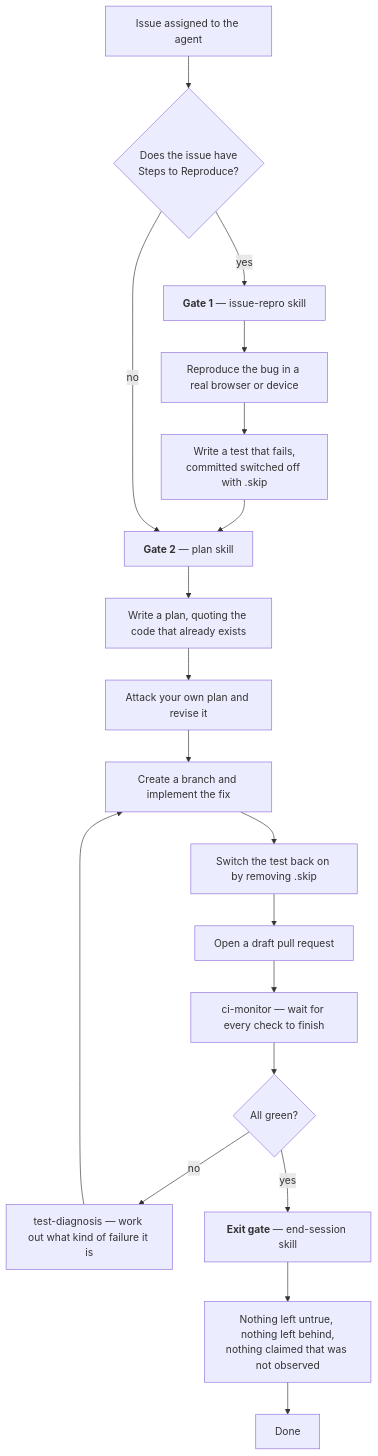
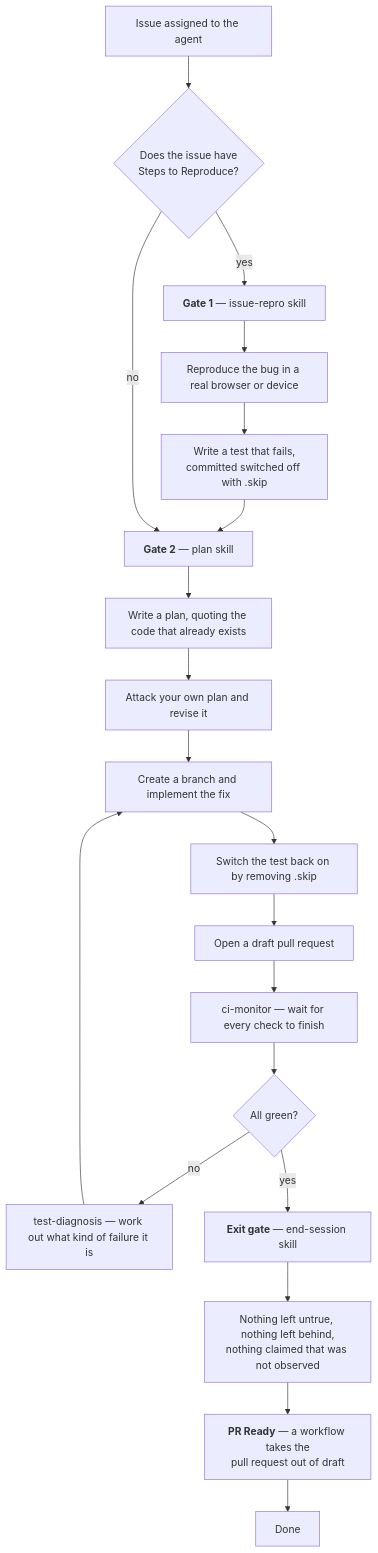
Before and after one commit to cybersemics/em: the second of 2 diagrams in docs/agents/readme.md, drawn with Mermaid. The commit also changed other lines of this file and 2 other files, not shown here.

````diff
--- a/docs/agents/readme.md
+++ b/docs/agents/readme.md
@@ -74,33 +74,35 @@
 ```mermaid
 flowchart TD
     A["Issue assigned to the agent"] --> B{"Does the issue have<br/>Steps to Reproduce?"}
     B -- yes --> C["<b>Gate 1</b> — issue-repro skill"]
     C --> C1["Reproduce the bug in a real browser or device"]
     C1 --> C2["Write a test that fails,<br/>committed switched off with .skip"]
     C2 --> D["<b>Gate 2</b> — plan skill"]
     B -- no --> D
     D --> D1["Write a plan, quoting the code that already exists"]
     D1 --> D2["Attack your own plan and revise it"]
     D2 --> E["Create a branch and implement the fix"]
     E --> E1["Switch the test back on by removing .skip"]
     E1 --> F["Open a draft pull request"]
     F --> G["ci-monitor — wait for every check to finish"]
     G --> H{"All green?"}
     H -- no --> I["test-diagnosis — work out what kind of failure it is"]
     I --> E
     H -- yes --> J["<b>Exit gate</b> — end-session skill"]
     J --> J1["Nothing left untrue, nothing left behind,<br/>nothing claimed that was not observed"]
-    J1 --> K["Done"]
+    J1 --> J2["<b>PR Ready</b> — a workflow takes the<br/>pull request out of draft"]
+    J2 --> K["Done"]
 
     click C "https://github.com/cybersemics/em/blob/HEAD/docs/agents/skills.md#issue-repro" "The issue-repro skill"
     click C1 "https://github.com/cybersemics/em/blob/HEAD/docs/agents/skills.md#browser-control" "How the browser is brought up"
     click C2 "https://github.com/cybersemics/em/blob/HEAD/docs/agents/tdd.md" "Why the test is committed switched off"
     click D "https://github.com/cybersemics/em/blob/HEAD/docs/agents/skills.md#plan" "The plan skill"
     click D1 "https://github.com/cybersemics/em/blob/HEAD/docs/agents/skills.md#plan" "What the plan must contain"
     click D2 "https://github.com/cybersemics/em/blob/HEAD/docs/agents/skills.md#plan" "The critique stage"
     click E1 "https://github.com/cybersemics/em/blob/HEAD/docs/agents/tdd.md#why-locally-run-tests-ignore-the-skip" "Switching the test back on"
     click G "https://github.com/cybersemics/em/blob/HEAD/docs/agents/skills.md#ci-monitor" "The ci-monitor skill"
     click I "https://github.com/cybersemics/em/blob/HEAD/docs/agents/skills.md#test-diagnosis" "The test-diagnosis skill"
     click J "https://github.com/cybersemics/em/blob/HEAD/docs/agents/skills.md#end-session" "The end-session skill"
     click J1 "https://github.com/cybersemics/em/blob/HEAD/docs/agents/skills.md#end-session" "The exit checklist, step by step"
+    click J2 "https://github.com/cybersemics/em/blob/HEAD/.github/workflows/pr-ready.yml" "The PR Ready workflow"
 ```
````
